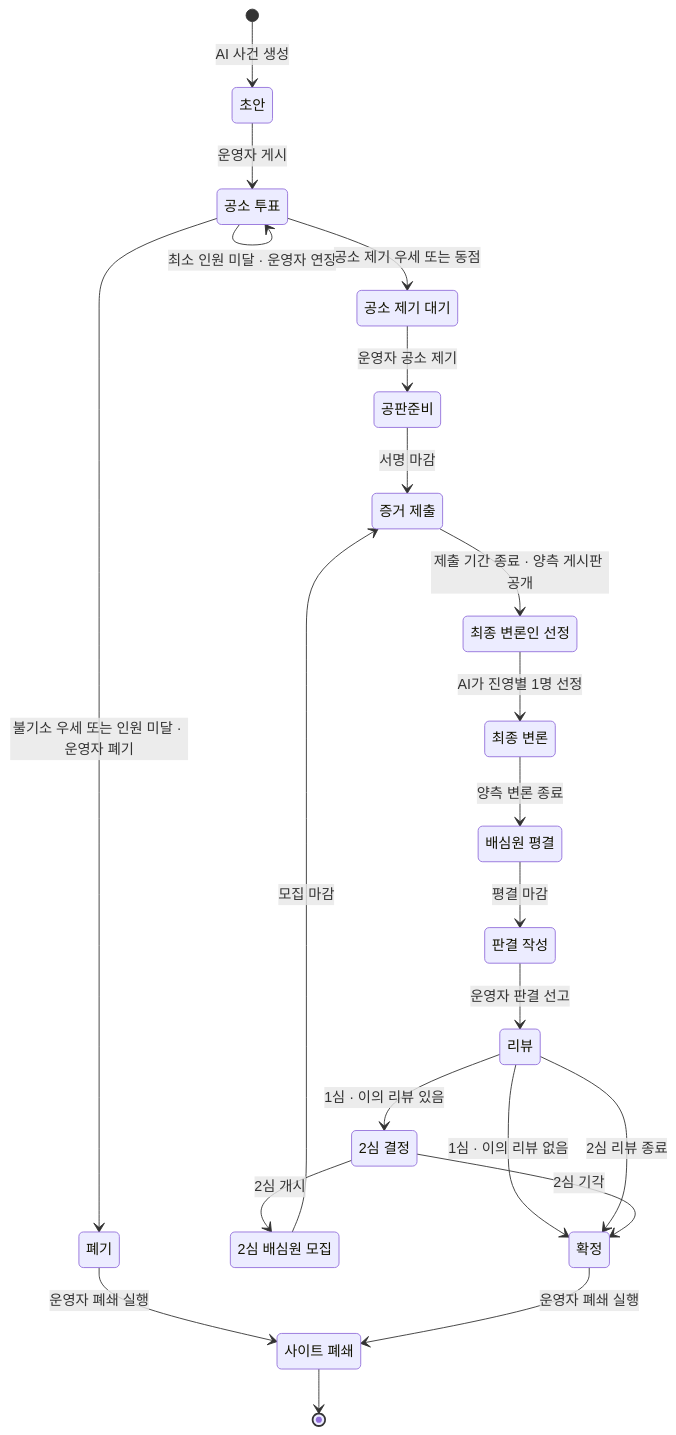
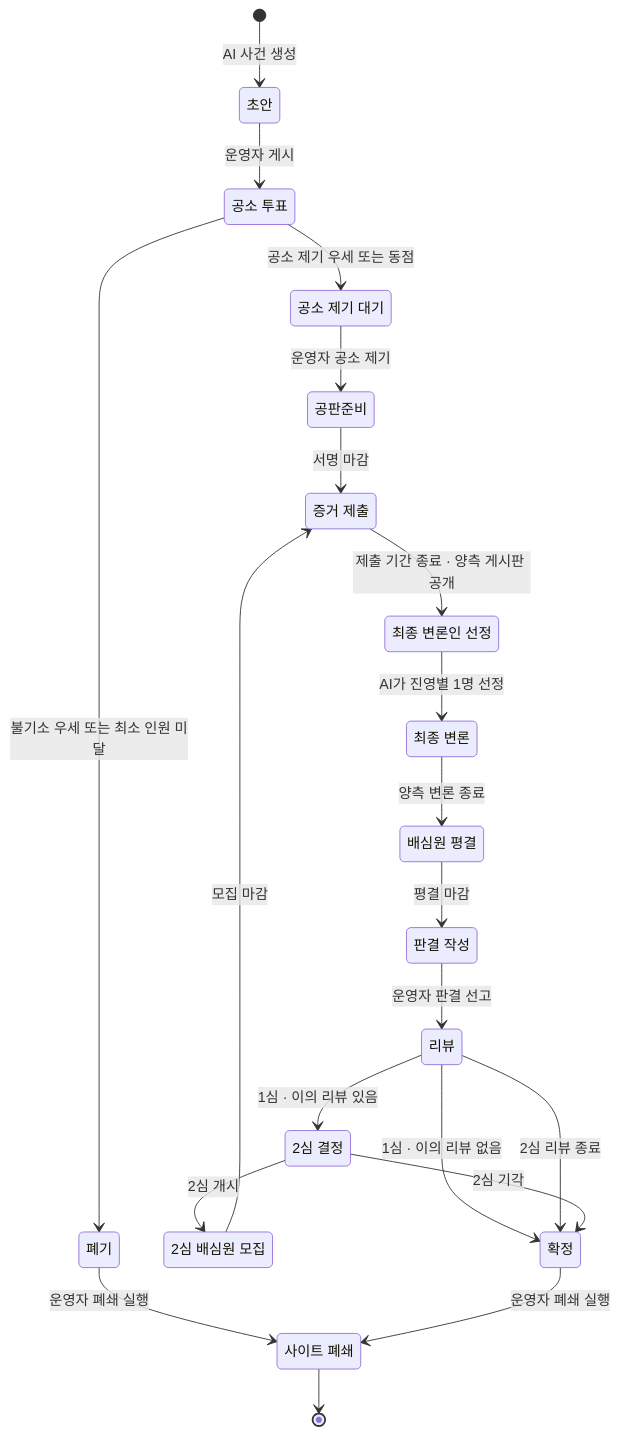
One commit to Code-Name-JS/virtual-courtroom changed the first of 2 diagrams in docs/02-case-lifecycle.md. Above: the diagram before and after it, drawn with Mermaid. The commit also changed other lines of this file and 5 other files, not shown here.

````diff
--- a/docs/02-case-lifecycle.md
+++ b/docs/02-case-lifecycle.md
@@ -11,40 +11,39 @@
 ```mermaid
 stateDiagram-v2
     state "초안" as DRAFT
     state "공소 투표" as INDICTMENT_VOTE
     state "폐기" as DISMISSED
     state "공소 제기 대기" as INDICTMENT_PENDING
     state "공판준비" as PRETRIAL
     state "증거 제출" as EVIDENCE
     state "최종 변론인 선정" as ADVOCATE_SELECTION
     state "최종 변론" as FINAL_ARGUMENT
     state "배심원 평결" as DELIBERATION
     state "판결 작성" as SENTENCING
     state "리뷰" as REVIEW
     state "2심 결정" as APPEAL_DECISION
     state "2심 배심원 모집" as APPEAL_RECRUITMENT
     state "확정" as FINALIZED
     state "사이트 폐쇄" as SITE_CLOSED
 
     [*] --> DRAFT: AI 사건 생성
     DRAFT --> INDICTMENT_VOTE: 운영자 게시
-    INDICTMENT_VOTE --> INDICTMENT_VOTE: 최소 인원 미달 · 운영자 연장
-    INDICTMENT_VOTE --> DISMISSED: 불기소 우세 또는 인원 미달 · 운영자 폐기
+    INDICTMENT_VOTE --> DISMISSED: 불기소 우세 또는 최소 인원 미달
     INDICTMENT_VOTE --> INDICTMENT_PENDING: 공소 제기 우세 또는 동점
     INDICTMENT_PENDING --> PRETRIAL: 운영자 공소 제기
     PRETRIAL --> EVIDENCE: 서명 마감
     EVIDENCE --> ADVOCATE_SELECTION: 제출 기간 종료 · 양측 게시판 공개
     ADVOCATE_SELECTION --> FINAL_ARGUMENT: AI가 진영별 1명 선정
     FINAL_ARGUMENT --> DELIBERATION: 양측 변론 종료
     DELIBERATION --> SENTENCING: 평결 마감
     SENTENCING --> REVIEW: 운영자 판결 선고
     REVIEW --> APPEAL_DECISION: 1심 · 이의 리뷰 있음
     REVIEW --> FINALIZED: 1심 · 이의 리뷰 없음
     REVIEW --> FINALIZED: 2심 리뷰 종료
     APPEAL_DECISION --> APPEAL_RECRUITMENT: 2심 개시
     APPEAL_DECISION --> FINALIZED: 2심 기각
     APPEAL_RECRUITMENT --> EVIDENCE: 모집 마감
     DISMISSED --> SITE_CLOSED: 운영자 폐쇄 실행
     FINALIZED --> SITE_CLOSED: 운영자 폐쇄 실행
     SITE_CLOSED --> [*]
 ```
````
